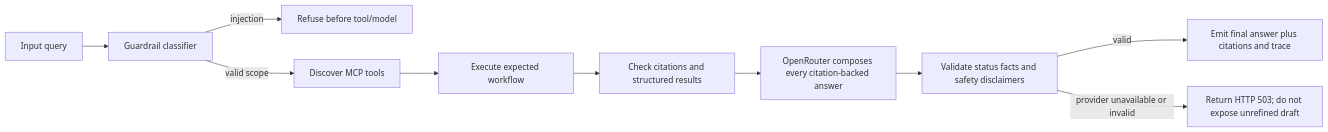
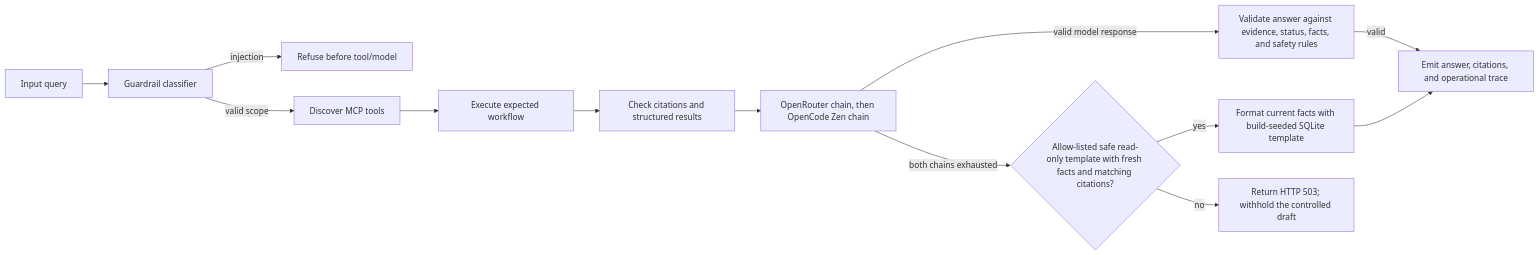
Before and after one commit to MSAIE2027/Project-HR-Agent: the diagram in docs/grader-ux-validation.md, drawn with Mermaid. The commit also changed other lines of this file and 19 other files, not shown here.

````diff
--- a/docs/grader-ux-validation.md
+++ b/docs/grader-ux-validation.md
@@ -7,12 +7,15 @@
 ```mermaid
 flowchart LR
   Q[Input query] --> G[Guardrail classifier]
   G -->|injection| R[Refuse before tool/model]
   G -->|valid scope| D[Discover MCP tools]
   D --> W[Execute expected workflow]
   W --> C[Check citations and structured results]
-  C --> L[OpenRouter composes every citation-backed answer]
-  L --> V[Validate status facts and safety disclaimers]
-  V -->|valid| O[Emit final answer plus citations and trace]
-  V -->|provider unavailable or invalid| X[Return HTTP 503; do not expose unrefined draft]
+  C --> M[OpenRouter chain, then OpenCode Zen chain]
+  M -->|valid model response| V[Validate answer against evidence, status, facts, and safety rules]
+  V -->|valid| O[Emit answer, citations, and operational trace]
+  M -->|both chains exhausted| T{Allow-listed safe read-only template with fresh facts and matching citations?}
+  T -->|yes| S[Format current facts with build-seeded SQLite template]
+  S --> O
+  T -->|no| X[Return HTTP 503; withhold the controlled draft]
 ```
````
